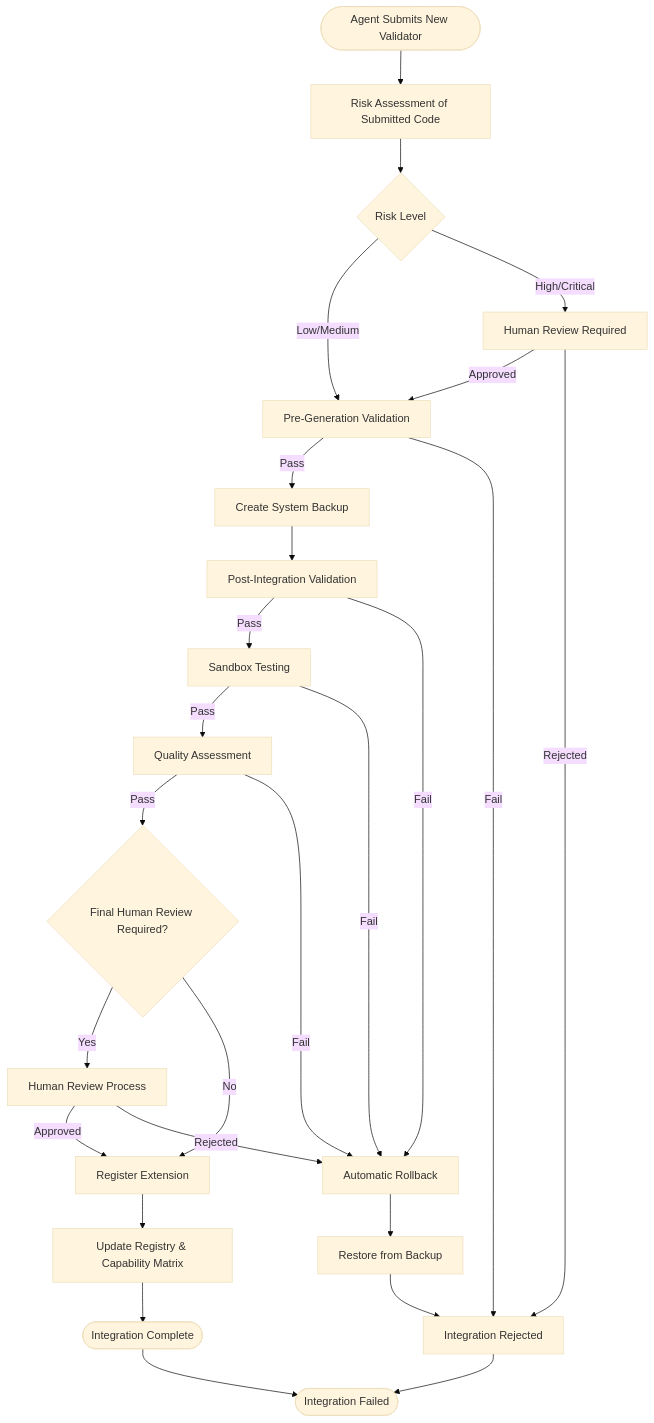
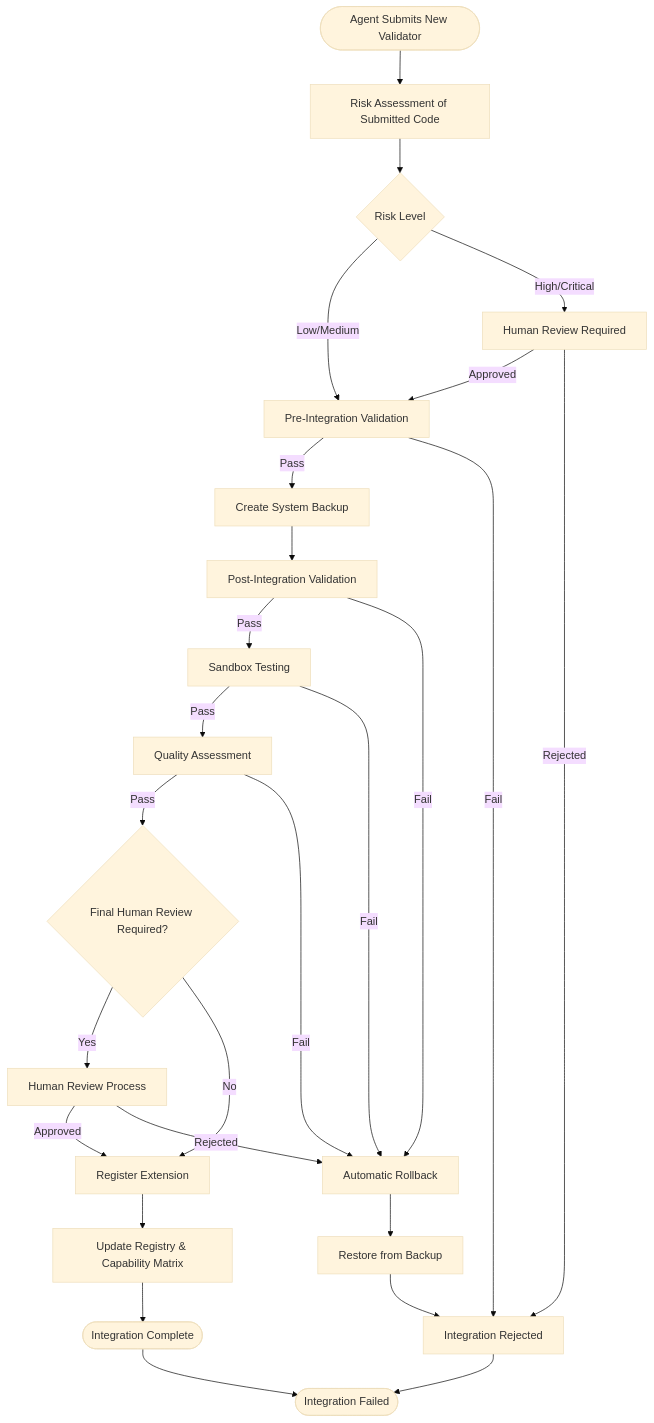
One commit to Dub1n/phoenix changed the fifth of 6 diagrams in scripts/validation/docs/architecture/VALIDATION-SYSTEM-ARCHITECTURE-README.md. Above: the diagram before and after it, drawn with Mermaid (base theme). The commit also changed other lines of this file and 38 other files, not shown here.

````diff
--- a/scripts/validation/docs/architecture/VALIDATION-SYSTEM-ARCHITECTURE-README.md
+++ b/scripts/validation/docs/architecture/VALIDATION-SYSTEM-ARCHITECTURE-README.md
@@ -241,39 +274,39 @@
 ```mermaid
 flowchart TD
     ExtStart([Agent Submits New Validator]) --> RiskAssess[Risk Assessment of Submitted Code]
     RiskAssess --> RiskLevel{Risk Level}
-    
-    RiskLevel -->|Low/Medium| PreValid[Pre-Generation Validation]
+
+    RiskLevel -->|Low/Medium| PreValid[Pre-Integration Validation]
     RiskLevel -->|High/Critical| HumanReview1[Human Review Required]
-    
+
     HumanReview1 -->|Approved| PreValid
     HumanReview1 -->|Rejected| IntegrationFail[Integration Rejected]
-    
+
     PreValid -->|Pass| CreateBackup[Create System Backup]
     PreValid -->|Fail| IntegrationFail
-    
+
     CreateBackup --> PostValid[Post-Integration Validation]
-    
+
     PostValid -->|Pass| SandboxTest[Sandbox Testing]
     PostValid -->|Fail| AutoRollback[Automatic Rollback]
-    
+
     SandboxTest -->|Pass| QualityCheck[Quality Assessment]
     SandboxTest -->|Fail| AutoRollback
-    
+
     QualityCheck -->|Pass| HumanReview2{Final Human Review Required?}
     QualityCheck -->|Fail| AutoRollback
-    
+
     HumanReview2 -->|Yes| HumanReview3[Human Review Process]
     HumanReview2 -->|No| RegisterExt[Register Extension]
-    
+
     HumanReview3 -->|Approved| RegisterExt
     HumanReview3 -->|Rejected| AutoRollback
-    
+
     RegisterExt --> UpdateMatrix[Update Registry & Capability Matrix]
     UpdateMatrix --> IntegrationSuccess([Integration Complete])
-    
+
     AutoRollback --> RestoreBackup[Restore from Backup]
     RestoreBackup --> IntegrationFail
     IntegrationFail --> End([Integration Failed])
     IntegrationSuccess --> End
 ```
````
